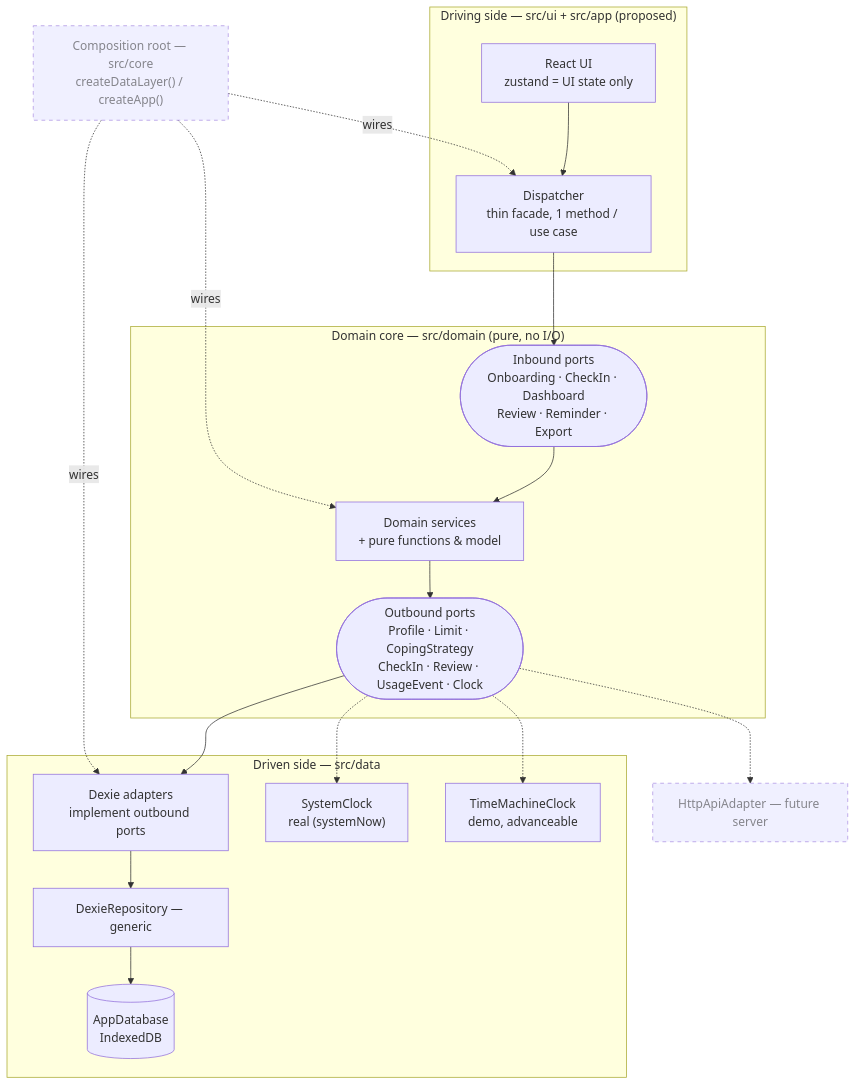
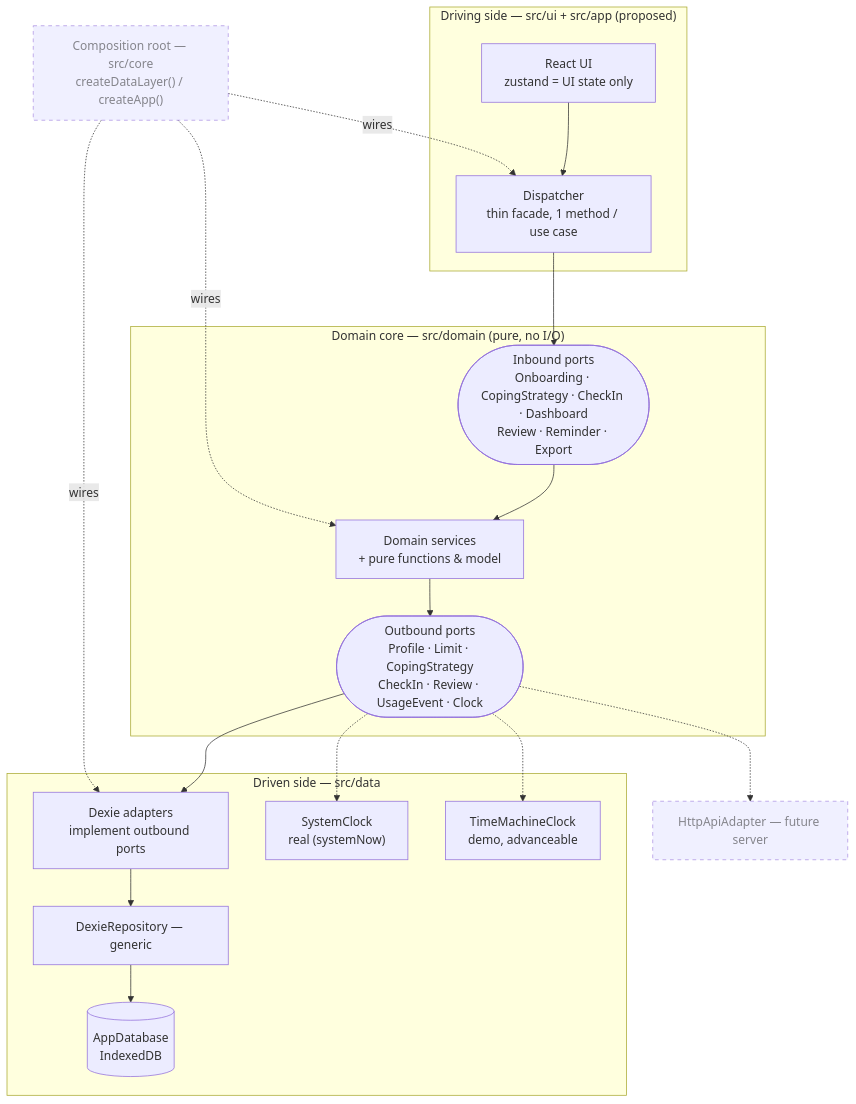
Before and after one commit to janmnovam/NUDZ_gamble: the first of 3 diagrams in docs/architecture.md, drawn with Mermaid. The commit also changed other lines of this file and 19 other files, not shown here.

Commit message:
feature: wire onboarding and coping services

````diff
--- a/docs/architecture.md
+++ b/docs/architecture.md
@@ -16,40 +16,40 @@
 ```mermaid
 flowchart TB
     subgraph driving["Driving side — src/ui + src/app (proposed)"]
         UI["React UI<br/>zustand = UI state only"]
         DISP["Dispatcher<br/>thin facade, 1 method / use case"]
         UI --> DISP
     end
 
     subgraph coreHex["Domain core — src/domain (pure, no I/O)"]
-        IN(["Inbound ports<br/>Onboarding · CheckIn · Dashboard<br/>Review · Reminder · Export"])
+        IN(["Inbound ports<br/>Onboarding · CopingStrategy · CheckIn · Dashboard<br/>Review · Reminder · Export"])
         SVC["Domain services<br/>+ pure functions & model"]
         OUT(["Outbound ports<br/>Profile · Limit · CopingStrategy<br/>CheckIn · Review · UsageEvent · Clock"])
         IN --> SVC --> OUT
     end
 
     subgraph driven["Driven side — src/data"]
         ADP["Dexie adapters<br/>implement outbound ports"]
         REPO["DexieRepository — generic"]
         DB[("AppDatabase<br/>IndexedDB")]
         CLK1["SystemClock<br/>real (systemNow)"]
         CLK2["TimeMachineClock<br/>demo, advanceable"]
         ADP --> REPO --> DB
     end
 
     HTTP["HttpApiAdapter — future server"]
 
     DISP --> IN
     OUT --> ADP
     OUT -.-> CLK1
     OUT -.-> CLK2
     OUT -.-> HTTP
 
     ROOT["Composition root — src/core<br/>createDataLayer() / createApp()"]
     ROOT -. wires .-> DISP
     ROOT -. wires .-> SVC
     ROOT -. wires .-> ADP
 
     class HTTP,ROOT dashed
     classDef dashed stroke-dasharray: 5 5,opacity:0.75
 ```
````
